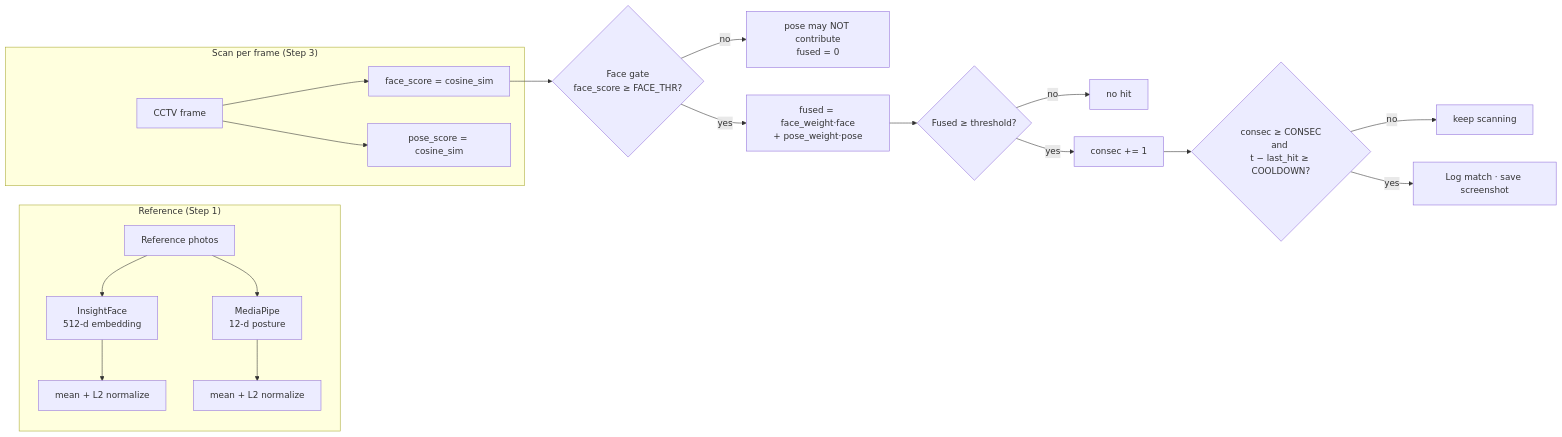
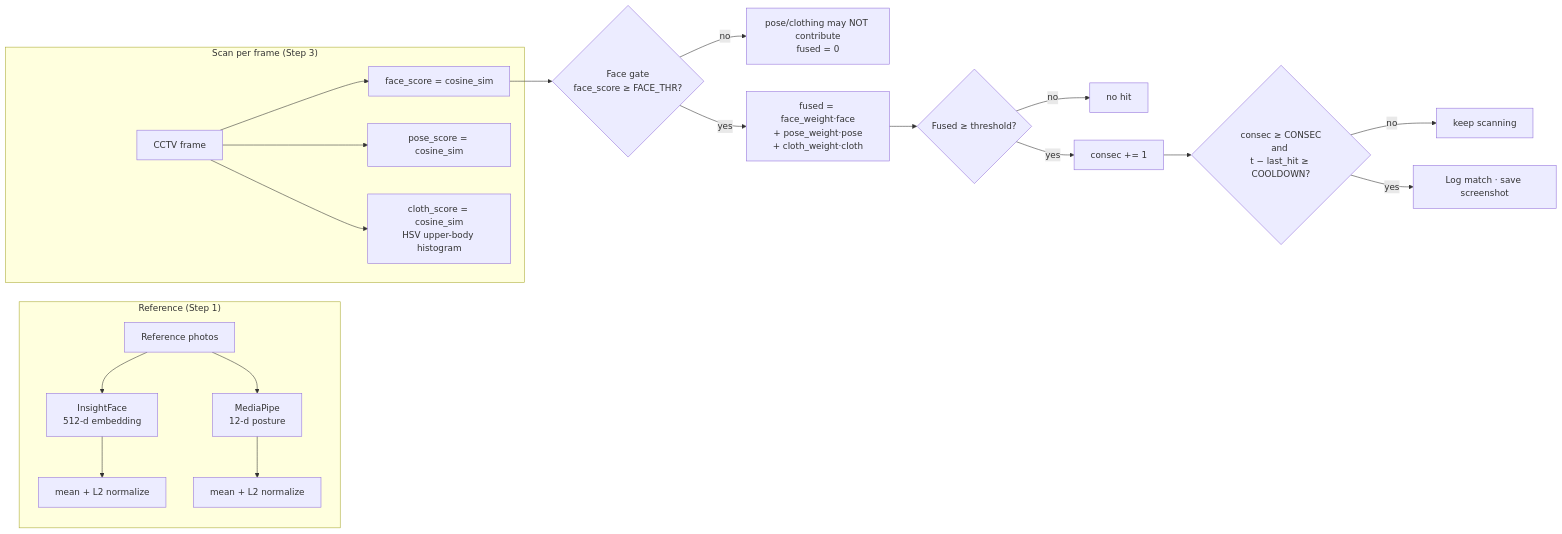
Before and after one commit to RishabhPR77/video-target-id: the third of 4 diagrams in README.md, drawn with Mermaid. The commit also changed other lines of this file and 94 other files, not shown here.

````diff
--- a/README.md
+++ b/README.md
@@ -168,25 +213,26 @@
 ```mermaid
 flowchart LR
     subgraph REF["Reference (Step 1)"]
         A[Reference photos] --> B[InsightFace<br/>512-d embedding]
         A --> C[MediaPipe<br/>12-d posture]
         B --> D[mean + L2 normalize]
         C --> E[mean + L2 normalize]
     end
 
     subgraph SCAN["Scan per frame (Step 3)"]
         F[CCTV frame] --> G[face_score = cosine_sim]
         F --> H[pose_score = cosine_sim]
+        F --> I[cloth_score = cosine_sim<br/>HSV upper-body histogram]
     end
 
-    G --> I{Face gate<br/>face_score ≥ FACE_THR?}
-    I -- no --> Z[pose may NOT contribute<br/>fused = 0]
-    I -- yes --> J[fused = face_weight·face<br/>+ pose_weight·pose]
+    G --> J{Face gate<br/>face_score ≥ FACE_THR?}
+    J -- no --> Z[pose/clothing may NOT contribute<br/>fused = 0]
+    J -- yes --> K[fused = face_weight·face<br/>+ pose_weight·pose<br/>+ cloth_weight·cloth]
 
-    J --> K{Fused ≥ threshold?}
-    K -- no --> Z2[no hit]
-    K -- yes --> L[consec += 1]
-    L --> M{consec ≥ CONSEC<br/>and <br/>t − last_hit ≥ COOLDOWN?}
-    M -- no --> Z3[keep scanning]
-    M -- yes --> N[Log match · save screenshot]
+    K --> L{Fused ≥ threshold?}
+    L -- no --> Z2[no hit]
+    L -- yes --> M[consec += 1]
+    M --> N{consec ≥ CONSEC<br/>and <br/>t − last_hit ≥ COOLDOWN?}
+    N -- no --> Z3[keep scanning]
+    N -- yes --> O[Log match · save screenshot]
 ```
````
